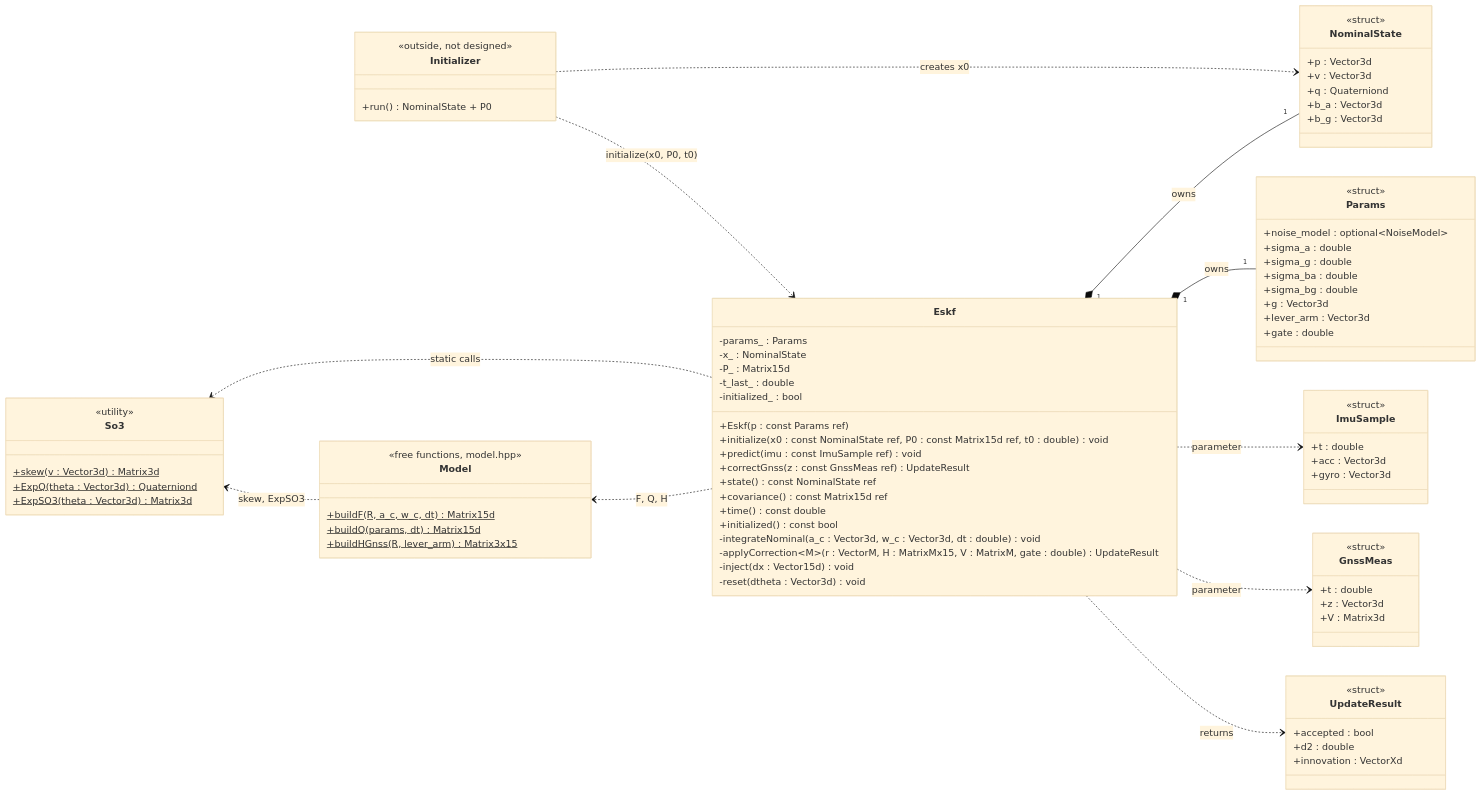
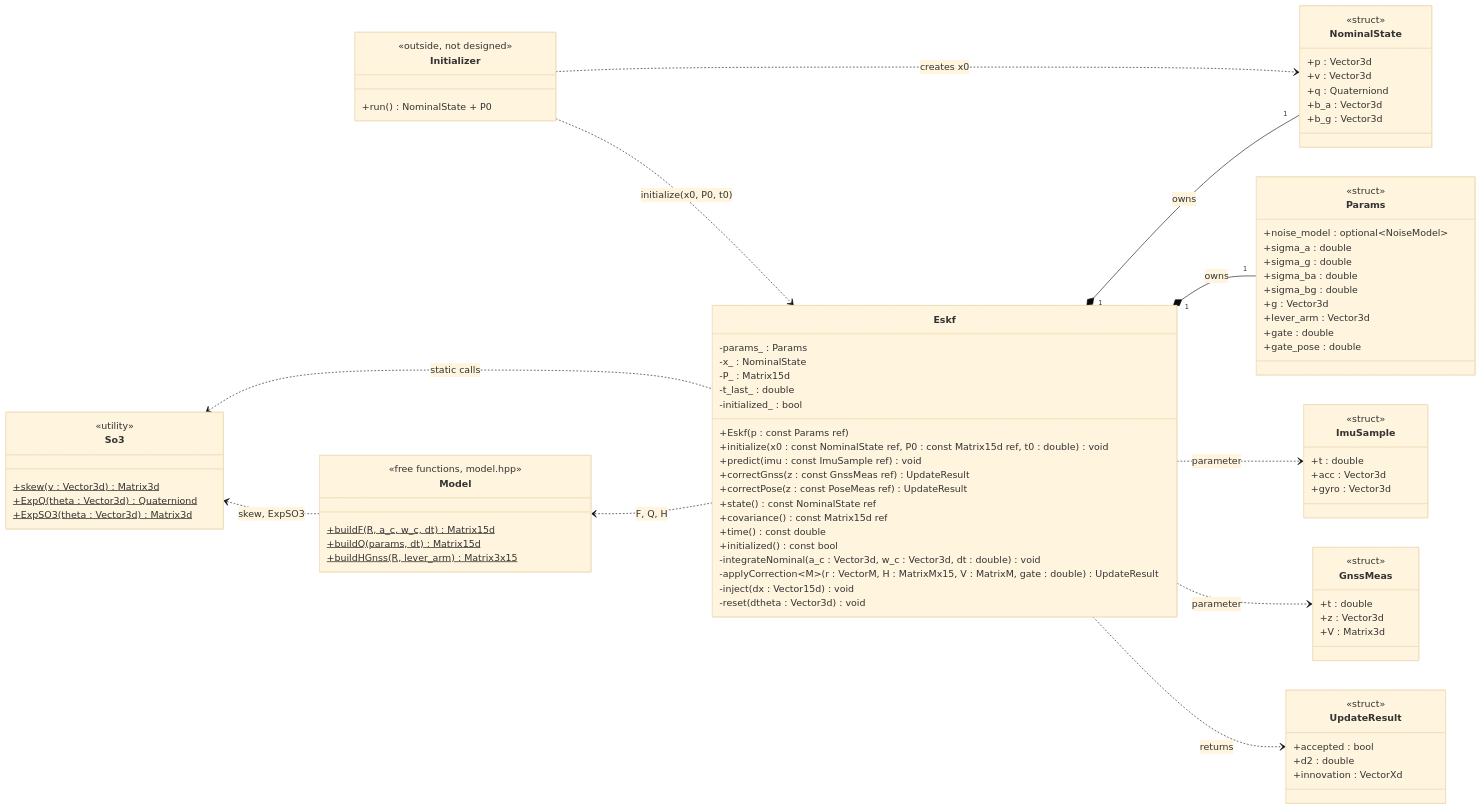
The diagram in eskf/README.md (abdalrhmangamal12/brightdrive_localization), drawn with Mermaid (base theme) before and after one commit. The commit also changed other lines of this file and 8 other files, not shown here.

```diff
--- a/eskf/README.md
+++ b/eskf/README.md
@@ -31,6 +31,7 @@
         +initialize(x0 : const NominalState ref, P0 : const Matrix15d ref, t0 : double) void
         +predict(imu : const ImuSample ref) void
         +correctGnss(z : const GnssMeas ref) UpdateResult
+        +correctPose(z : const PoseMeas ref) UpdateResult
         +state() const NominalState ref
         +covariance() const Matrix15d ref
         +time() const double
@@ -60,6 +61,7 @@
         +g : Vector3d
         +lever_arm : Vector3d
         +gate : double
+        +gate_pose : double
     }
 
     class ImuSample {
```
